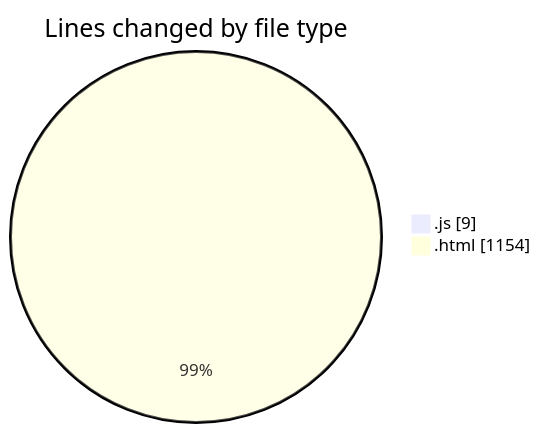
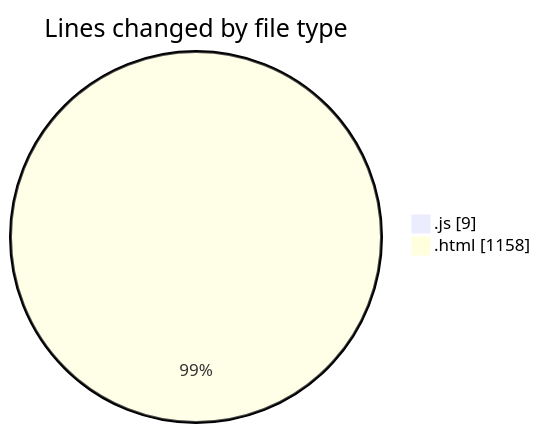
Before and after one commit to hasnaa123/code-tracking: the first of 2 diagrams in 2025-12-15/technologie_web/README.md, drawn with Mermaid. The commit also changed other lines of this file and 1 other file, not shown here.

````diff
--- a/2025-12-15/technologie_web/README.md
+++ b/2025-12-15/technologie_web/README.md
@@ -21,6 +21,6 @@
 ```mermaid
 pie showData
 title Lines changed by file type
 ".js" : 9
-".html" : 1154
+".html" : 1158
 ```
````
